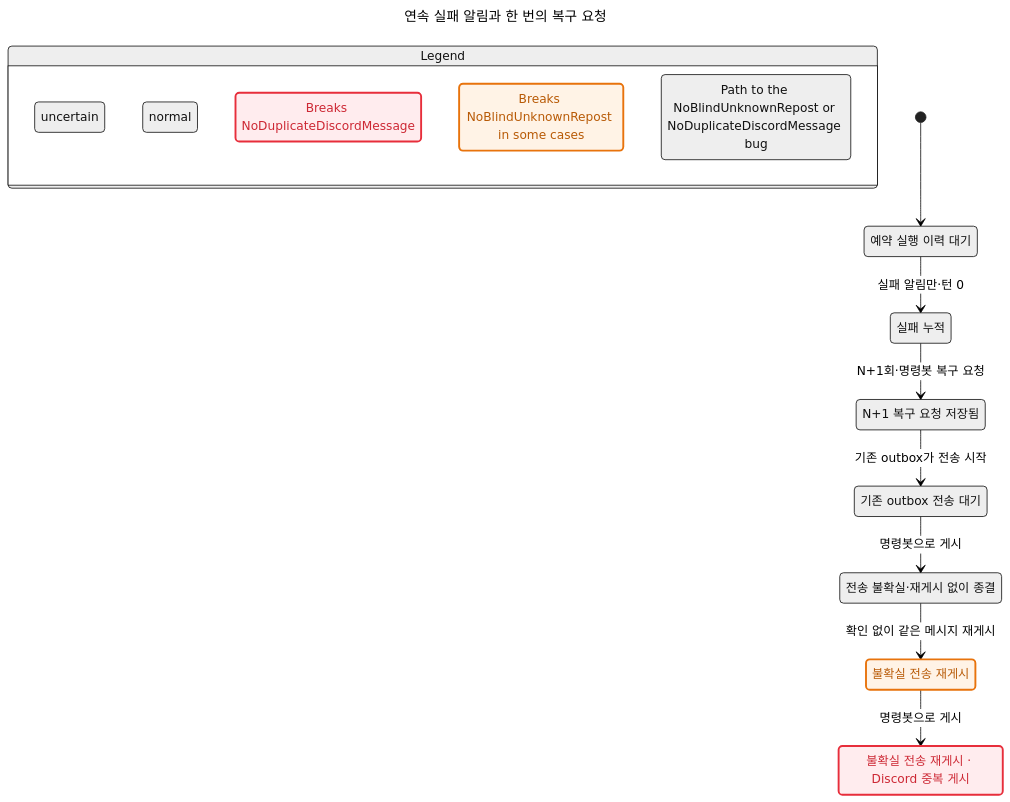
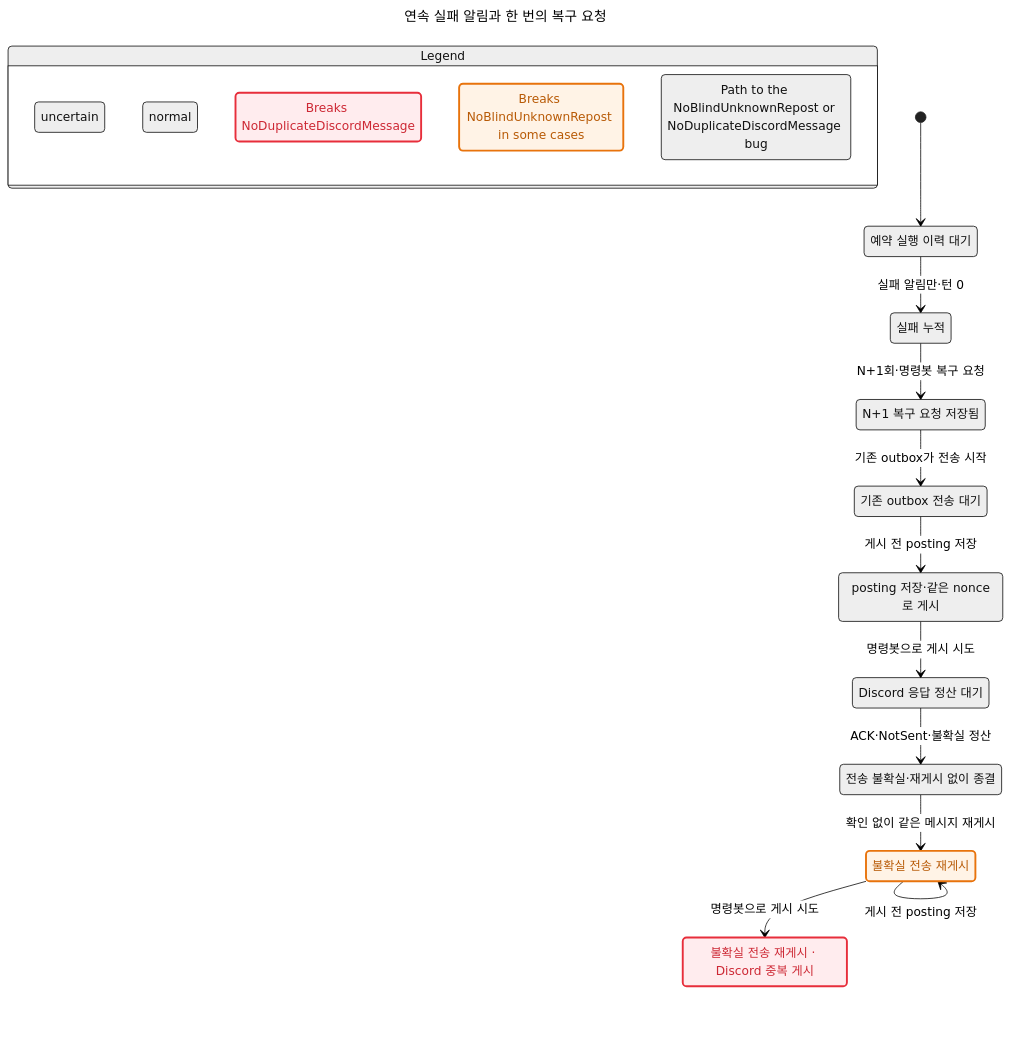
One commit to itismyfield/AgentDesk changed the diagram in docs/statecharts/routine-run/routine-failure-escalation-blind-unknown.chart.mmd. Above: the diagram before and after it, drawn with Mermaid (neutral theme). The commit also changed 49 other files, not shown here.

First line of the commit message:
feat(routines): #8117 PR2b H2 — 실패 사건 행 전송 계층(posting·ACK·unknown 보존)

```diff
--- a/docs/statecharts/routine-run/routine-failure-escalation-blind-unknown.chart.mmd
+++ b/docs/statecharts/routine-run/routine-failure-escalation-blind-unknown.chart.mmd
@@ -1,48 +1,57 @@
 ---
 title: "연속 실패 알림과 한 번의 복구 요청"
 ---
 stateDiagram-v2
   state "Legend" as legend {
     lg0: uncertain
     lg1: normal
     lg2: Breaks NoDuplicateDiscordMessage
     lg3: Breaks NoBlindUnknownRepost in some cases
     lg4: Path to the NoBlindUnknownRepost or NoDuplicateDiscordMessage bug
   }
   class lg0 orange
   class lg1 blue
   class lg2 breaks
   class lg3 mayBreak
   class lg4 bugPath
   s0: 예약 실행 이력 대기
   s1: 실패 누적
   s2: N+1 복구 요청 저장됨
   s3: 기존 outbox 전송 대기
-  s4: 전송 불확실#183;재게시 없이 종결
-  s5: 불확실 전송 재게시
-  s6: 불확실 전송 재게시 #183; Discord 중복 게시
+  s4: posting 저장#183;같은 nonce로 게시
+  s5: Discord 응답 정산 대기
+  s6: 전송 불확실#183;재게시 없이 종결
+  s7: 불확실 전송 재게시
+  s8: 불확실 전송 재게시 #183; Discord 중복 게시
   [*] --> s0
   s0 --> s1: 실패 알림만#183;턴 0
   s1 --> s2: N+1회#183;명령봇 복구 요청
   s2 --> s3: 기존 outbox가 전송 시작
-  s3 --> s4: 명령봇으로 게시
-  s4 --> s5: 확인 없이 같은 메시지 재게시
-  s5 --> s6: 명령봇으로 게시
+  s3 --> s4: 게시 전 posting 저장
+  s4 --> s5: 명령봇으로 게시 시도
+  s5 --> s6: ACK#183;NotSent#183;불확실 정산
+  s6 --> s7: 확인 없이 같은 메시지 재게시
+  s7 --> s7: 게시 전 posting 저장
+  s7 --> s8: 명령봇으로 게시 시도
   classDef breaks fill:#ffecee,stroke:#e72e3b,stroke-width:2.5px,color:#cd2834
   classDef mayBreak fill:#fff3e6,stroke:#e8730c,stroke-width:2.5px,color:#b85a06
   class s0 blue
   class s0 bugPath
   class s1 blue
   class s1 bugPath
   class s2 blue
   class s2 bugPath
   class s3 blue
   class s3 bugPath
-  class s4 orange
+  class s4 blue
   class s4 bugPath
-  class s5 orange
-  class s5 mayBreak
+  class s5 blue
   class s5 bugPath
-  class s6 blue
-  class s6 breaks
+  class s6 orange
   class s6 bugPath
+  class s7 orange
+  class s7 mayBreak
+  class s7 bugPath
+  class s8 orange
+  class s8 breaks
+  class s8 bugPath
```
